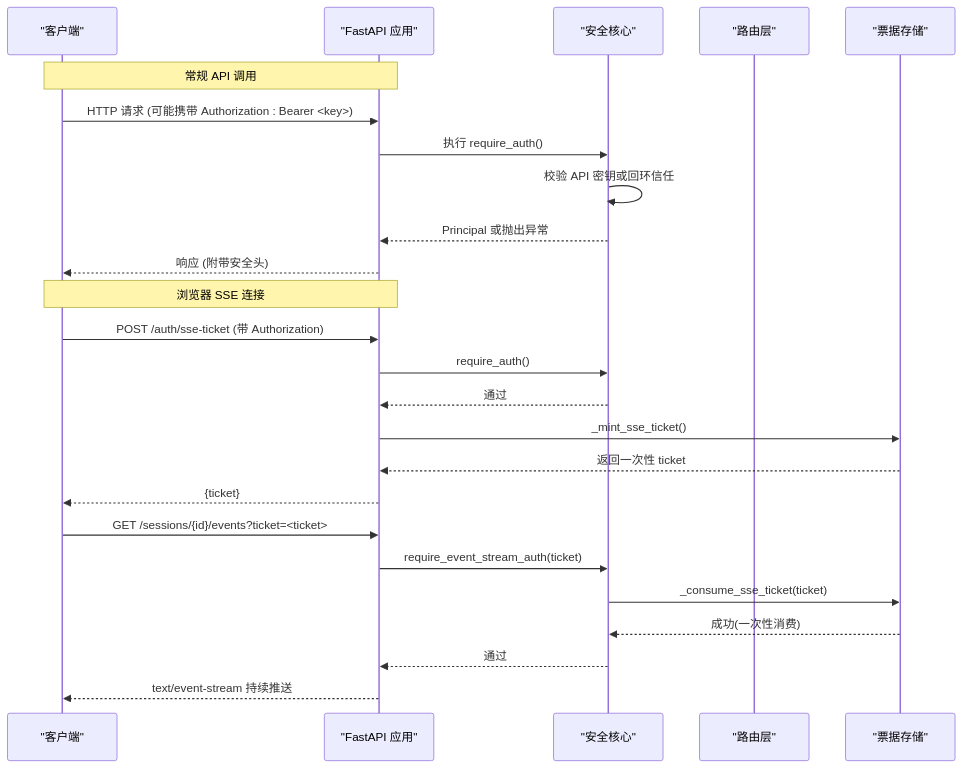
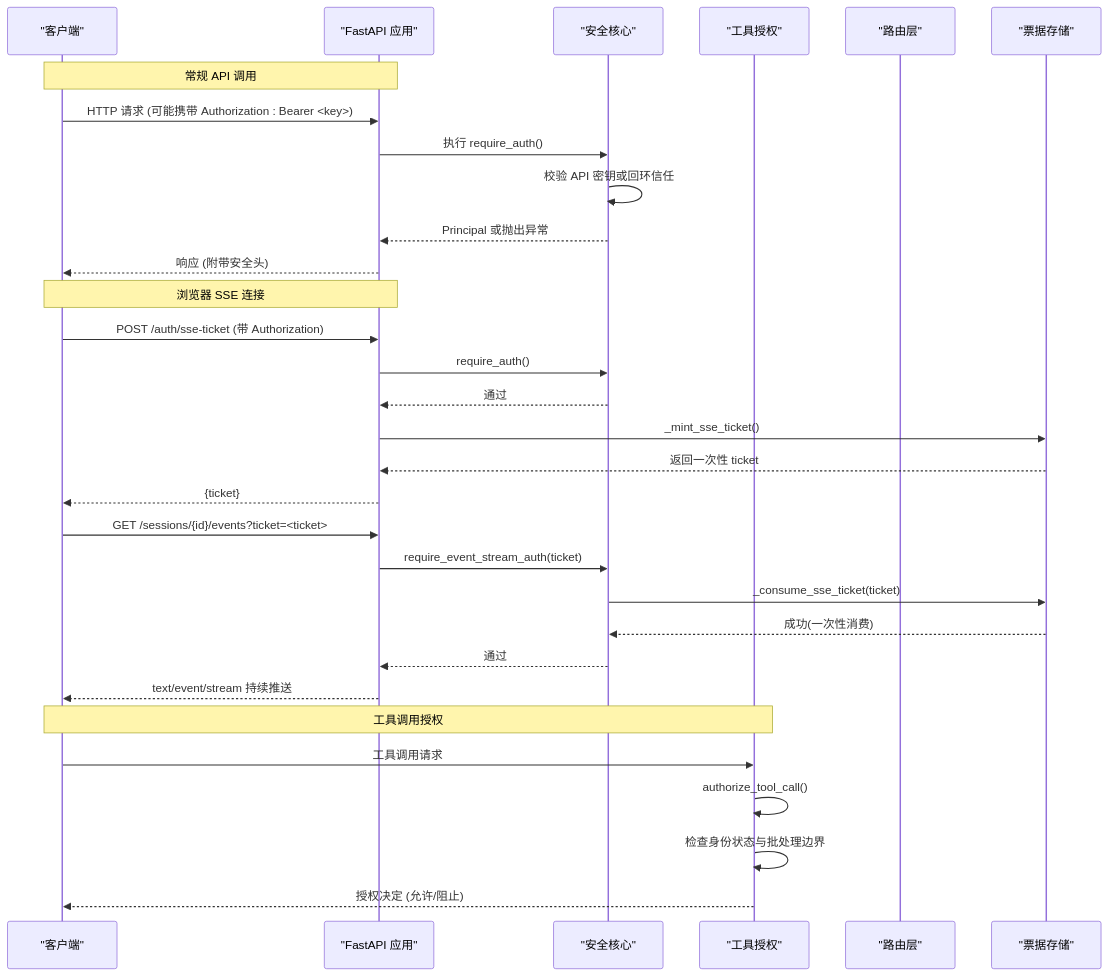
Before and after one commit to 20012002er/Vibe-Trading: the second of 8 diagrams in .qoder/repowiki/zh/content/架构设计/安全架构/认证授权机制.md, drawn with Mermaid. The commit also changed other lines of this file and 9 other files, not shown here.

````diff
--- a/.qoder/repowiki/zh/content/架构设计/安全架构/认证授权机制.md
+++ b/.qoder/repowiki/zh/content/架构设计/安全架构/认证授权机制.md
@@ -98,27 +115,33 @@
 ```mermaid
 sequenceDiagram
 participant Client as "客户端"
 participant App as "FastAPI 应用"
 participant Sec as "安全核心"
+participant Grounding as "工具授权"
 participant Routes as "路由层"
 participant Store as "票据存储"
 Note over Client,App : 常规 API 调用
 Client->>App : HTTP 请求 (可能携带 Authorization : Bearer <key>)
 App->>Sec : 执行 require_auth()
 Sec->>Sec : 校验 API 密钥或回环信任
 Sec-->>App : Principal 或抛出异常
 App-->>Client : 响应 (附带安全头)
 Note over Client,App : 浏览器 SSE 连接
 Client->>App : POST /auth/sse-ticket (带 Authorization)
 App->>Sec : require_auth()
 Sec-->>App : 通过
 App->>Store : _mint_sse_ticket()
 Store-->>App : 返回一次性 ticket
 App-->>Client : {ticket}
 Client->>App : GET /sessions/{id}/events?ticket=<ticket>
 App->>Sec : require_event_stream_auth(ticket)
 Sec->>Store : _consume_sse_ticket(ticket)
 Store-->>Sec : 成功(一次性消费)
 Sec-->>App : 通过
-App-->>Client : text/event-stream 持续推送
+App-->>Client : text/event/stream 持续推送
+Note over Client,Grounding : 工具调用授权
+Client->>Grounding : 工具调用请求
+Grounding->>Grounding : authorize_tool_call()
+Grounding->>Grounding : 检查身份状态与批处理边界
+Grounding-->>Client : 授权决定 (允许/阻止)
 ```
````
